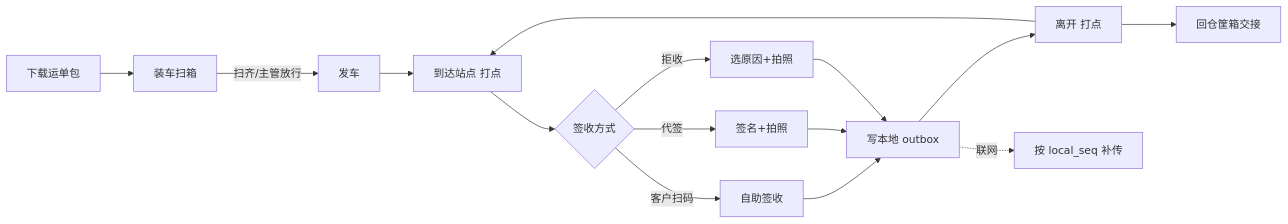
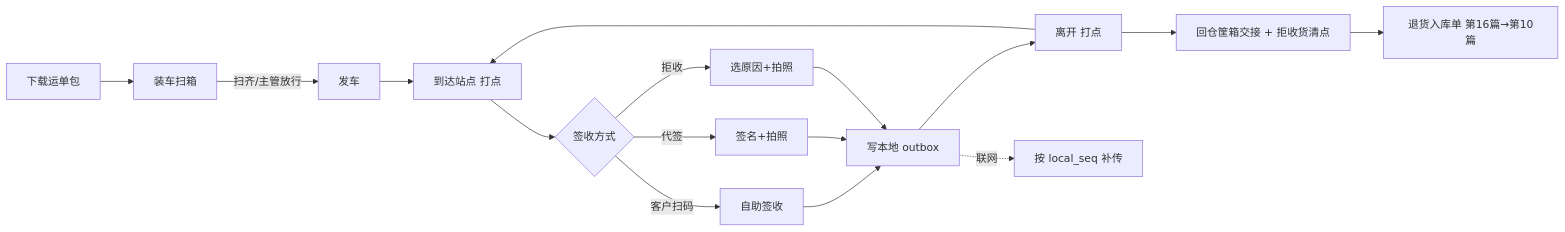
The first of 3 diagrams in docs/15-司机端-商城端.md (Akarin7784/fresh-wms), drawn with Mermaid before and after one commit. The commit also changed other lines of this file, not shown here.

````diff
--- a/docs/15-司机端-商城端.md
+++ b/docs/15-司机端-商城端.md
@@ -39,15 +40,16 @@
 ```mermaid
 flowchart LR
   A[下载运单包] --> B[装车扫箱]
   B -->|扫齐/主管放行| C[发车]
   C --> D[到达站点 打点]
   D --> E{签收方式}
   E -->|客户扫码| F[自助签收]
   E -->|代签| G[签名+拍照]
   E -->|拒收| H[选原因+拍照]
   F & G & H --> I[写本地 outbox]
   I --> J[离开 打点]
   J --> D
-  J --> K[回仓筐箱交接]
+  J --> K[回仓筐箱交接 + 拒收货清点]
+  K --> M[退货入库单 第16篇→第10篇]
   I -.联网.-> L[按 local_seq 补传]
 ```
````
